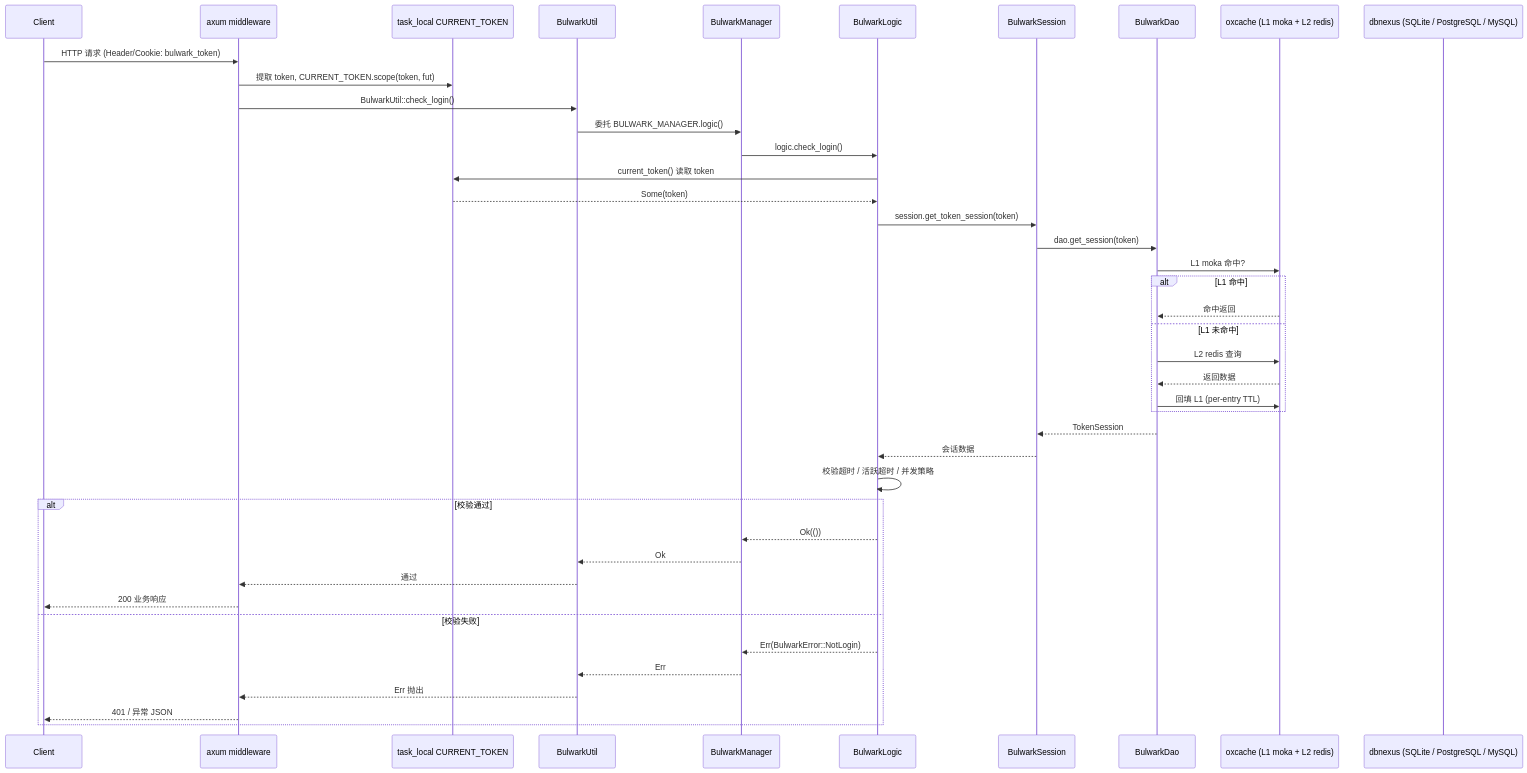
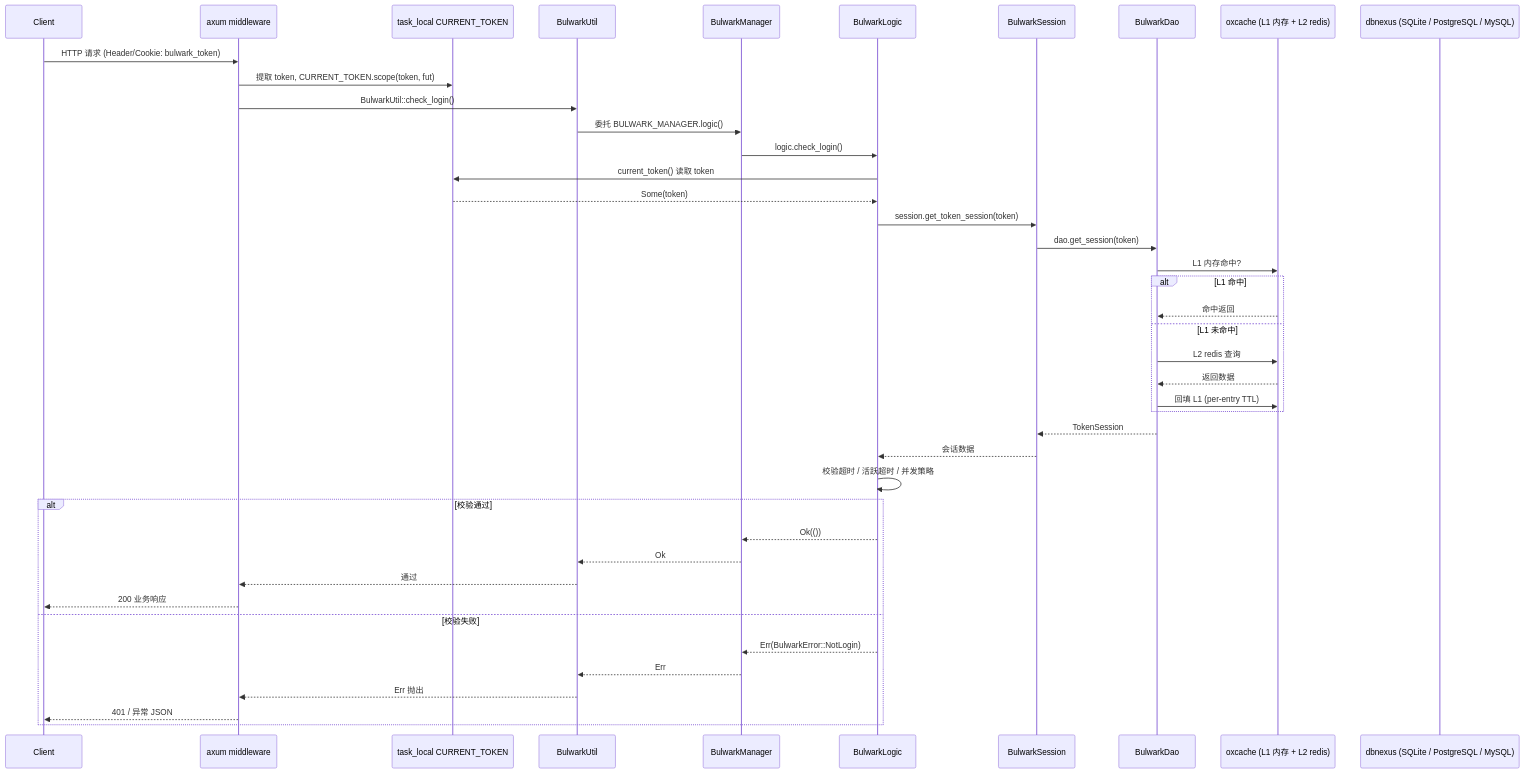
Before and after one commit to Kirky-X/garrison: the third of 3 diagrams in docs/ARCHITECTURE.md, drawn with Mermaid. The commit also changed other lines of this file and 136 other files, not shown here.

````diff
--- a/docs/ARCHITECTURE.md
+++ b/docs/ARCHITECTURE.md
@@ -220,45 +220,45 @@
 ```mermaid
 sequenceDiagram
     participant C as Client
     participant AX as axum middleware
     participant TL as task_local CURRENT_TOKEN
     participant BU as BulwarkUtil
     participant BM as BulwarkManager
     participant BL as BulwarkLogic
     participant BS as BulwarkSession
     participant BD as BulwarkDao
-    participant OC as oxcache (L1 moka + L2 redis)
+    participant OC as oxcache (L1 内存 + L2 redis)
     participant DB as dbnexus (SQLite / PostgreSQL / MySQL)
 
     C->>AX: HTTP 请求 (Header/Cookie: bulwark_token)
     AX->>TL: 提取 token, CURRENT_TOKEN.scope(token, fut)
     AX->>BU: BulwarkUtil::check_login()
     BU->>BM: 委托 BULWARK_MANAGER.logic()
     BM->>BL: logic.check_login()
     BL->>TL: current_token() 读取 token
     TL-->>BL: Some(token)
     BL->>BS: session.get_token_session(token)
     BS->>BD: dao.get_session(token)
-    BD->>OC: L1 moka 命中?
+    BD->>OC: L1 内存命中?
     alt L1 命中
         OC-->>BD: 命中返回
     else L1 未命中
         BD->>OC: L2 redis 查询
         OC-->>BD: 返回数据
         BD->>OC: 回填 L1 (per-entry TTL)
     end
     BD-->>BS: TokenSession
     BS-->>BL: 会话数据
     BL->>BL: 校验超时 / 活跃超时 / 并发策略
     alt 校验通过
         BL-->>BM: Ok(())
         BM-->>BU: Ok
         BU-->>AX: 通过
         AX-->>C: 200 业务响应
     else 校验失败
         BL-->>BM: Err(BulwarkError::NotLogin)
         BM-->>BU: Err
         BU-->>AX: Err 抛出
         AX-->>C: 401 / 异常 JSON
     end
 ```
````
